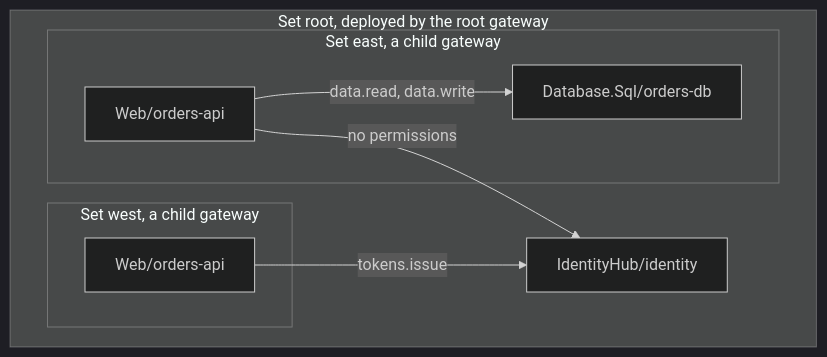
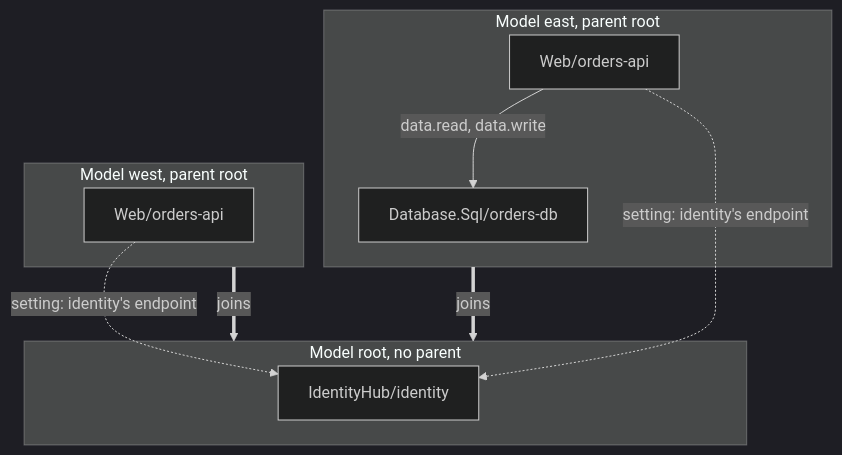
The second of 2 diagrams in libraries/ApplicationModel/Assimalign.Cohesion.ApplicationModel.Definition/docs/DESIGN.md (assimalign/cohesion), drawn with Mermaid (dark theme) before and after one commit. The commit also changed other lines of this file and 83 other files, not shown here.

````diff
--- a/libraries/ApplicationModel/Assimalign.Cohesion.ApplicationModel.Definition/docs/DESIGN.md
+++ b/libraries/ApplicationModel/Assimalign.Cohesion.ApplicationModel.Definition/docs/DESIGN.md
@@ -53,16 +55,18 @@
 ```mermaid
 flowchart TB
-    subgraph root["Set root, deployed by the root gateway"]
+    subgraph root["Model root, no parent"]
         identity["IdentityHub/identity"]
-        subgraph east["Set east, a child gateway"]
-            db["Database.Sql/orders-db"]
-            api["Web/orders-api"]
-        end
-        subgraph west["Set west, a child gateway"]
-            api2["Web/orders-api"]
-        end
+    end
+    subgraph east["Model east, parent root"]
+        db["Database.Sql/orders-db"]
+        api["Web/orders-api"]
+    end
+    subgraph west["Model west, parent root"]
+        api2["Web/orders-api"]
     end
     api -->|"data.read, data.write"| db
-    api -->|"no permissions"| identity
-    api2 -->|"tokens.issue"| identity
+    api -.->|"setting: identity's endpoint"| identity
+    api2 -.->|"setting: identity's endpoint"| identity
+    east ==>|"joins"| root
+    west ==>|"joins"| root
 ```
````
